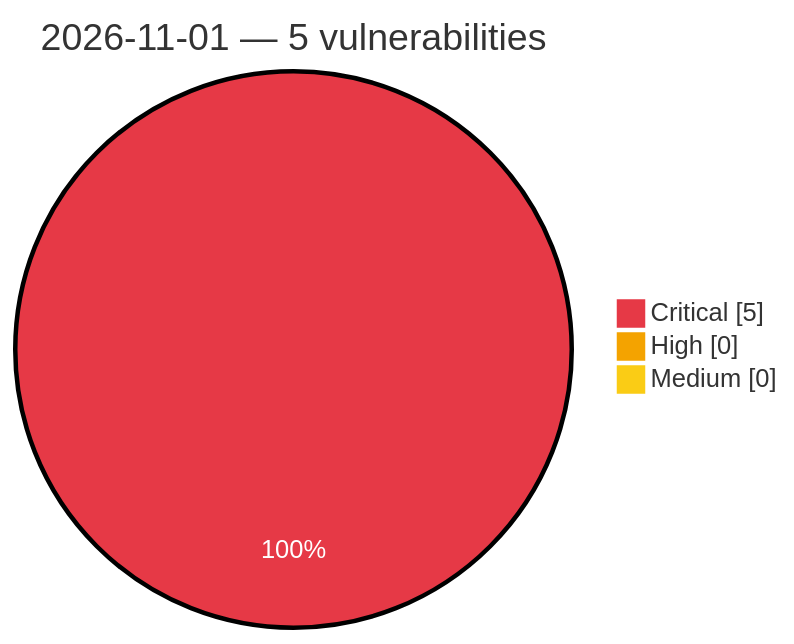
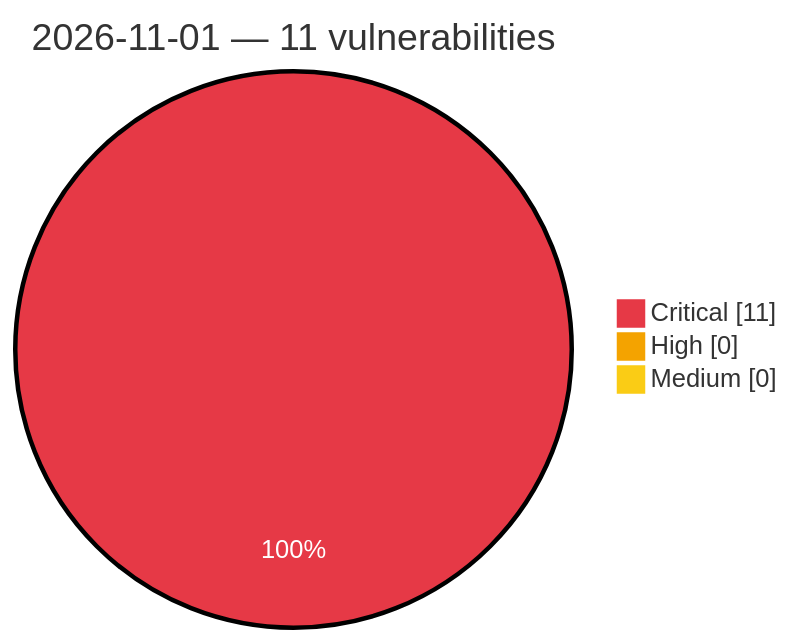
One commit to GhostX0X/vuln-tracker changed the diagram in vulnerabilities/2026/November/2026-11-01.md. Above: the diagram before and after it, drawn with Mermaid. The commit also changed other lines of this file and 5 other files, not shown here.

````diff
--- a/vulnerabilities/2026/November/2026-11-01.md
+++ b/vulnerabilities/2026/November/2026-11-01.md
@@ -3,8 +3,8 @@
 ```mermaid
 %%{init: {'theme':'base', 'themeVariables': {'pie1':'#e63946', 'pie2':'#f4a300', 'pie3':'#facc15', 'pieOpacity':'1', 'pieOuterStrokeWidth':'2px', 'pieSectionTextColor':'#ffffff'}}}%%
 pie showData
-    title 2026-11-01 — 5 vulnerabilities
-    "Critical" : 5
+    title 2026-11-01 — 11 vulnerabilities
+    "Critical" : 11
     "High" : 0
     "Medium" : 0
 ```
````
